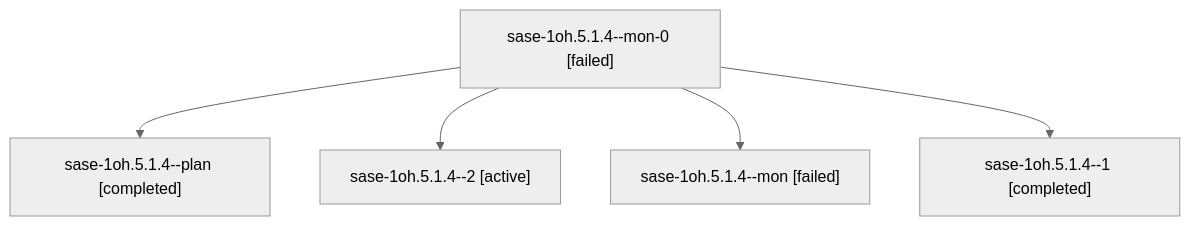
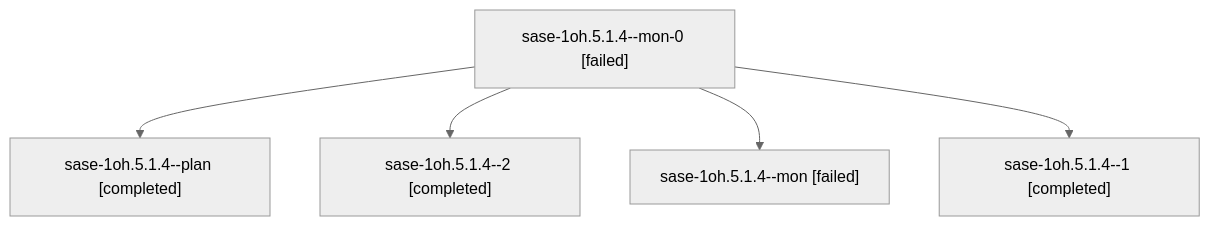
Before and after one commit to sase-org/sase--agents: the diagram in sessions/bbugyi200.athena.sase-1oh.5.1.4.md, drawn with Mermaid (neutral theme). The commit also changed other lines of this file and 86 other files, not shown here.

````diff
--- a/sessions/bbugyi200.athena.sase-1oh.5.1.4.md
+++ b/sessions/bbugyi200.athena.sase-1oh.5.1.4.md
@@ -9,12 +9,12 @@
 ```mermaid
 flowchart TD
   n0["sase-1oh.5.1.4--mon-0 [failed]"]
   n1["sase-1oh.5.1.4--plan [completed]"]
   n0 --> n1
-  n2["sase-1oh.5.1.4--2 [active]"]
+  n2["sase-1oh.5.1.4--2 [completed]"]
   n0 --> n2
   n3["sase-1oh.5.1.4--mon [failed]"]
   n0 --> n3
   n4["sase-1oh.5.1.4--1 [completed]"]
   n0 --> n4
 ```
````
